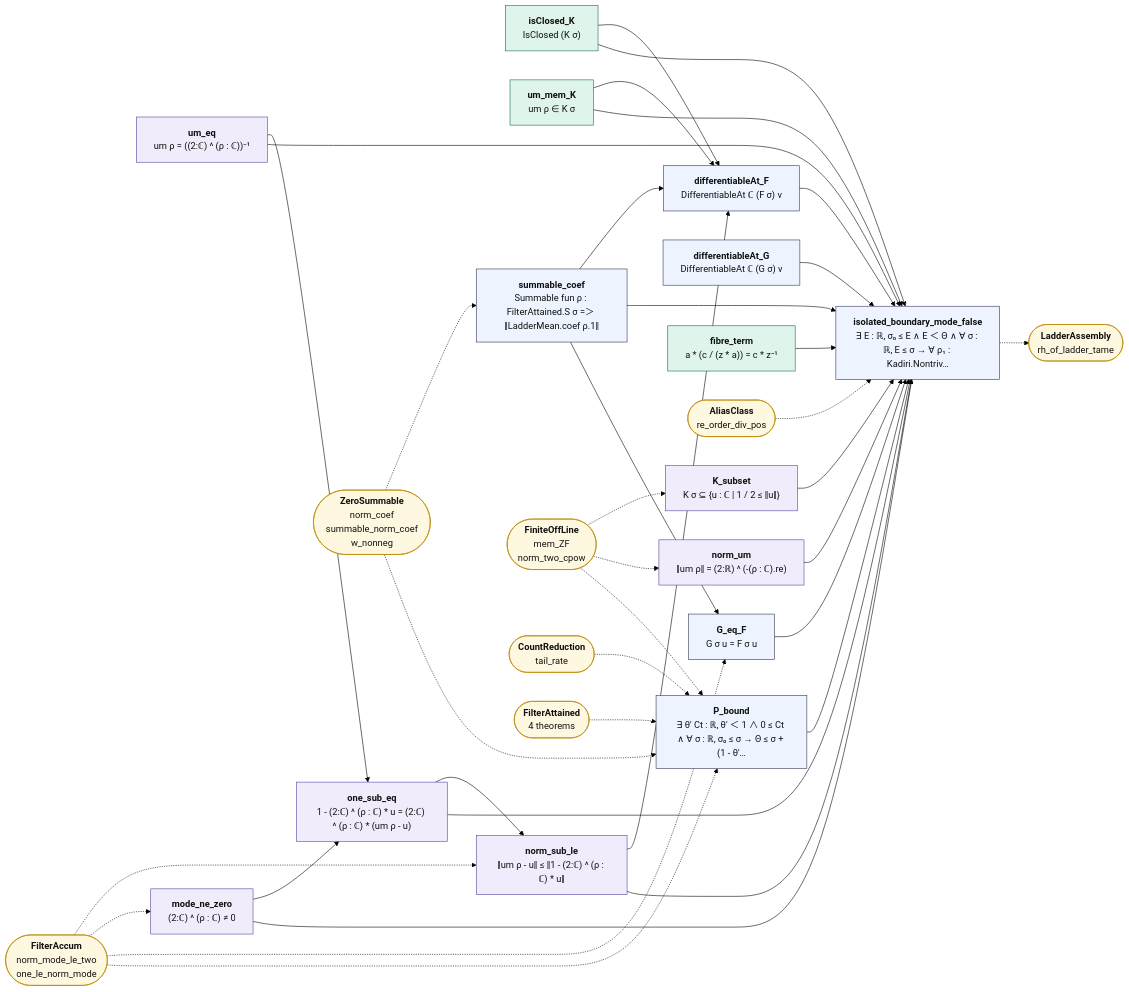
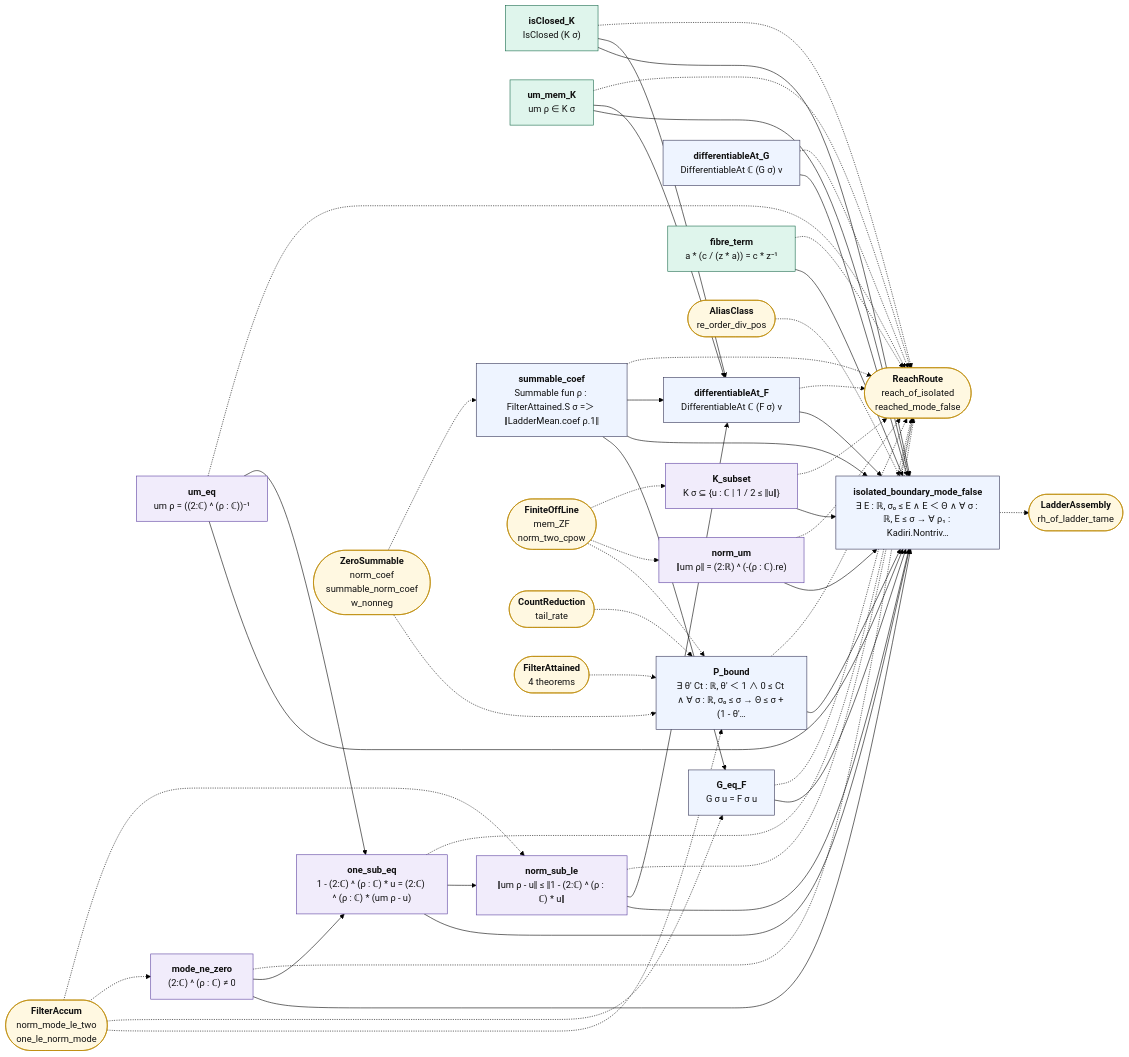
Before and after one commit to juliansambranojr/Primebeat_081426: the diagram in map/lean_stage3/ResidueRoute.mmd, drawn with Mermaid (forest theme). The commit also changed 17 other files, not shown here.

```diff
--- a/map/lean_stage3/ResidueRoute.mmd
+++ b/map/lean_stage3/ResidueRoute.mmd
@@ -1,66 +1,81 @@
 flowchart LR
   n0["<b>isClosed_K</b><br/>IsClosed (K σ)"]:::cnt
   n1["<b>um_mem_K</b><br/>um ρ ∈ K σ"]:::cnt
   n2["<b>um_eq</b><br/>um ρ = ((2:ℂ) ^ (ρ : ℂ))⁻¹"]:::shp
   n3["<b>norm_um</b><br/>‖um ρ‖ = (2:ℝ) ^ (-(ρ : ℂ).re)"]:::shp
   n4["<b>mode_ne_zero</b><br/>(2:ℂ) ^ (ρ : ℂ) ≠ 0"]:::shp
   n5["<b>one_sub_eq</b><br/>1 - (2:ℂ) ^ (ρ : ℂ) * u = (2:ℂ) ^ (ρ : ℂ) * (um ρ - u)"]:::shp
   n6["<b>norm_sub_le</b><br/>‖um ρ - u‖ ≤ ‖1 - (2:ℂ) ^ (ρ : ℂ) * u‖"]:::shp
   n7["<b>K_subset</b><br/>K σ ⊆ {u : ℂ | 1 / 2 ≤ ‖u‖}"]:::shp
   n8["<b>summable_coef</b><br/>Summable fun ρ : FilterAttained.S σ =＞ ‖LadderMean.coef ρ.1‖"]:::thm
   n9["<b>differentiableAt_F</b><br/>DifferentiableAt ℂ (F σ) v"]:::thm
   n10["<b>P_bound</b><br/>∃ θ' Ct : ℝ, θ' ＜ 1 ∧ 0 ≤ Ct ∧ ∀ σ : ℝ, σ₀ ≤ σ → Θ ≤ σ + (1 - θ'…"]:::thm
   n11["<b>differentiableAt_G</b><br/>DifferentiableAt ℂ (G σ) v"]:::thm
   n12["<b>G_eq_F</b><br/>G σ u = F σ u"]:::thm
   n13["<b>fibre_term</b><br/>a * (c / (z * a)) = c * z⁻¹"]:::cnt
   n14["<b>isolated_boundary_mode_false</b><br/>∃ E : ℝ, σ₀ ≤ E ∧ E ＜ Θ ∧ ∀ σ : ℝ, E ≤ σ → ∀ ρ₁ : Kadiri.Nontriv…"]:::thm
-  x0(["<b>FiniteOffLine</b><br/>mem_ZF<br/>norm_two_cpow"]):::ext
-  x1(["<b>FilterAccum</b><br/>norm_mode_le_two<br/>one_le_norm_mode"]):::ext
-  x2(["<b>ZeroSummable</b><br/>norm_coef<br/>summable_norm_coef<br/>w_nonneg"]):::ext
-  x3(["<b>CountReduction</b><br/>tail_rate"]):::ext
-  x4(["<b>FilterAttained</b><br/>4 theorems"]):::ext
-  x5(["<b>AliasClass</b><br/>re_order_div_pos"]):::ext
-  x6(["<b>LadderAssembly</b><br/>rh_of_ladder_tame"]):::ext
+  x0(["<b>ReachRoute</b><br/>reach_of_isolated<br/>reached_mode_false"]):::ext
+  x1(["<b>FiniteOffLine</b><br/>mem_ZF<br/>norm_two_cpow"]):::ext
+  x2(["<b>FilterAccum</b><br/>norm_mode_le_two<br/>one_le_norm_mode"]):::ext
+  x3(["<b>ZeroSummable</b><br/>norm_coef<br/>summable_norm_coef<br/>w_nonneg"]):::ext
+  x4(["<b>CountReduction</b><br/>tail_rate"]):::ext
+  x5(["<b>FilterAttained</b><br/>4 theorems"]):::ext
+  x6(["<b>AliasClass</b><br/>re_order_div_pos"]):::ext
+  x7(["<b>LadderAssembly</b><br/>rh_of_ladder_tame"]):::ext
   n0 --> n14
   n0 --> n9
   n1 --> n14
   n1 --> n9
   n10 --> n14
   n11 --> n14
   n12 --> n14
   n13 --> n14
   n2 --> n14
   n2 --> n5
   n3 --> n14
   n4 --> n14
   n4 --> n5
   n5 --> n14
   n5 --> n6
   n6 --> n14
   n6 --> n9
   n7 --> n14
   n8 --> n12
   n8 --> n14
   n8 --> n9
   n9 --> n14
-  n14 -.-> x6
-  x0 -.-> n10
-  x0 -.-> n3
-  x0 -.-> n7
+  n0 -.-> x0
+  n1 -.-> x0
+  n10 -.-> x0
+  n11 -.-> x0
+  n12 -.-> x0
+  n13 -.-> x0
+  n14 -.-> x7
+  n2 -.-> x0
+  n3 -.-> x0
+  n4 -.-> x0
+  n5 -.-> x0
+  n6 -.-> x0
+  n7 -.-> x0
+  n8 -.-> x0
+  n9 -.-> x0
   x1 -.-> n10
-  x1 -.-> n12
-  x1 -.-> n4
-  x1 -.-> n6
+  x1 -.-> n3
+  x1 -.-> n7
   x2 -.-> n10
-  x2 -.-> n8
+  x2 -.-> n12
+  x2 -.-> n4
+  x2 -.-> n6
   x3 -.-> n10
+  x3 -.-> n8
   x4 -.-> n10
-  x5 -.-> n14
+  x5 -.-> n10
+  x6 -.-> n14
   classDef cnt fill:#dff5ec,stroke:#17694a,color:#111
   classDef shp fill:#f1ecfb,stroke:#5b3fa0,color:#111
   classDef rh fill:#ffe5e5,stroke:#c22,color:#111,stroke-width:2px
   classDef thm fill:#eef4ff,stroke:#335,color:#111
   classDef end_ fill:#e7f7e7,stroke:#2a7,color:#111,stroke-width:2px
   classDef lone fill:#fff,stroke:#999,color:#111,stroke-dasharray:4 3
   classDef bad fill:#ffe5e5,stroke:#c22,color:#111,stroke-width:2px
   classDef ext fill:#fff8e1,stroke:#b80,color:#111
```
